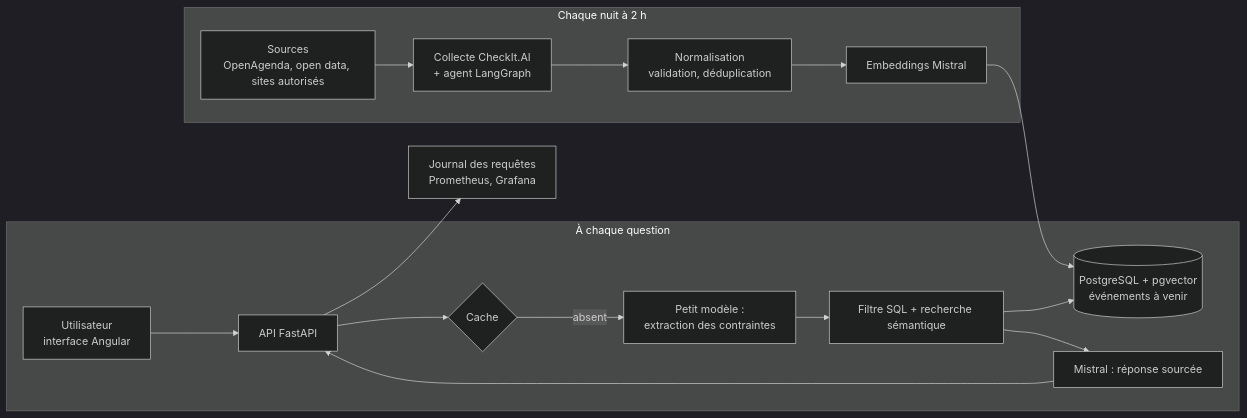
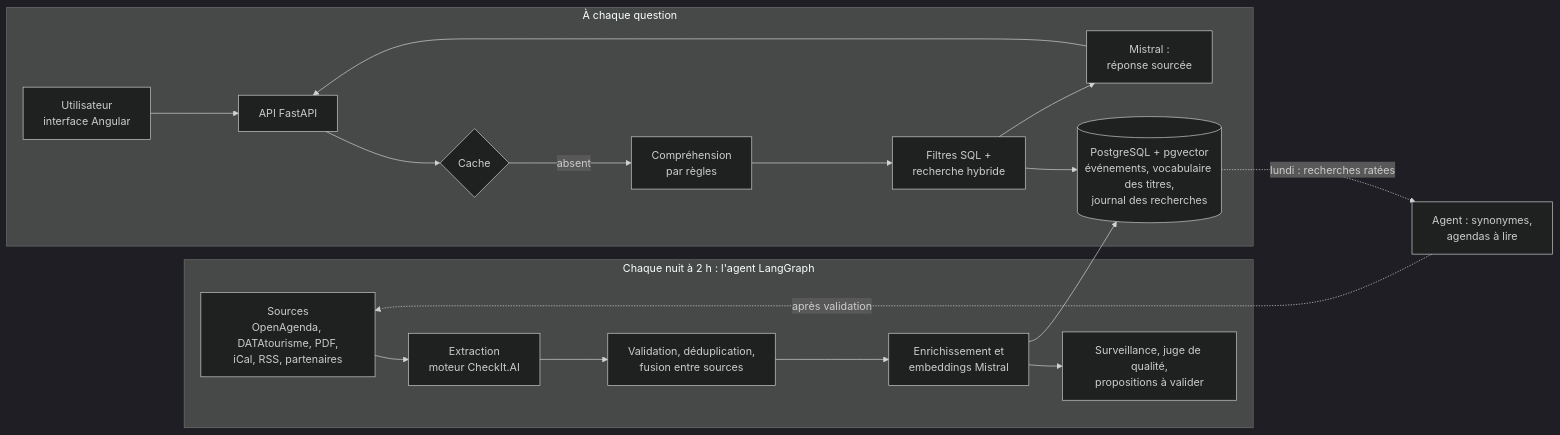
Before and after one commit to gonzalezcourrier34-glitch/SortirIA: the diagram in docs/architecture.md, drawn with Mermaid (dark theme). The commit also changed other lines of this file and 56 other files, not shown here.

````diff
--- a/docs/architecture.md
+++ b/docs/architecture.md
@@ -6,19 +7,21 @@
 ```mermaid
 flowchart LR
-    subgraph Nuit["Chaque nuit à 2 h"]
-        S[Sources<br/>OpenAgenda, open data, sites autorisés] --> C[Collecte CheckIt.AI<br/>+ agent LangGraph]
-        C --> N[Normalisation<br/>validation, déduplication]
-        N --> E[Embeddings Mistral]
+    subgraph Nuit["Chaque nuit à 2 h : l'agent LangGraph"]
+        S[Sources<br/>OpenAgenda, DATAtourisme, PDF,<br/>iCal, RSS, partenaires] --> C[Extraction<br/>moteur CheckIt.AI]
+        C --> N[Validation, déduplication,<br/>fusion entre sources]
+        N --> E[Enrichissement et<br/>embeddings Mistral]
+        E --> W[Surveillance, juge de qualité,<br/>propositions à valider]
     end
-    E --> DB[(PostgreSQL + pgvector<br/>événements à venir)]
+    E --> DB[(PostgreSQL + pgvector<br/>événements, vocabulaire des titres,<br/>journal des recherches)]
     subgraph Jour["À chaque question"]
         U[Utilisateur<br/>interface Angular] --> A[API FastAPI]
         A --> K{Cache}
-        K -- absent --> X[Petit modèle :<br/>extraction des contraintes]
-        X --> F[Filtre SQL + recherche sémantique]
+        K -- absent --> Q[Compréhension<br/>par règles]
+        Q --> F[Filtres SQL +<br/>recherche hybride]
         F --> DB
-        F --> G[Mistral : réponse sourcée]
+        F --> G[Mistral :<br/>réponse sourcée]
         G --> A
     end
-    A --> M[Journal des requêtes<br/>Prometheus, Grafana]
+    DB -. lundi : recherches ratées .-> L[Agent : synonymes,<br/>agendas à lire]
+    L -. après validation .-> S
 ```
````
